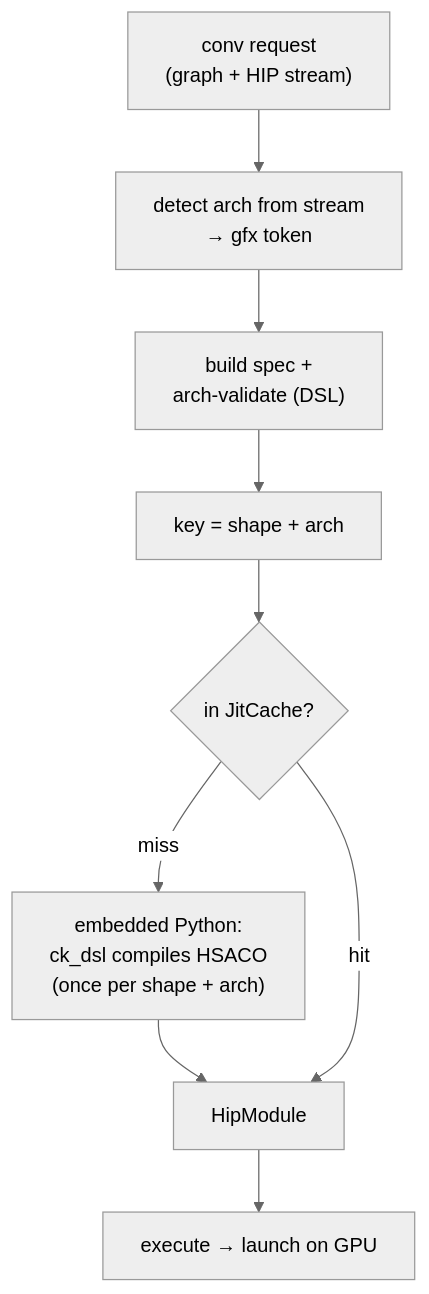
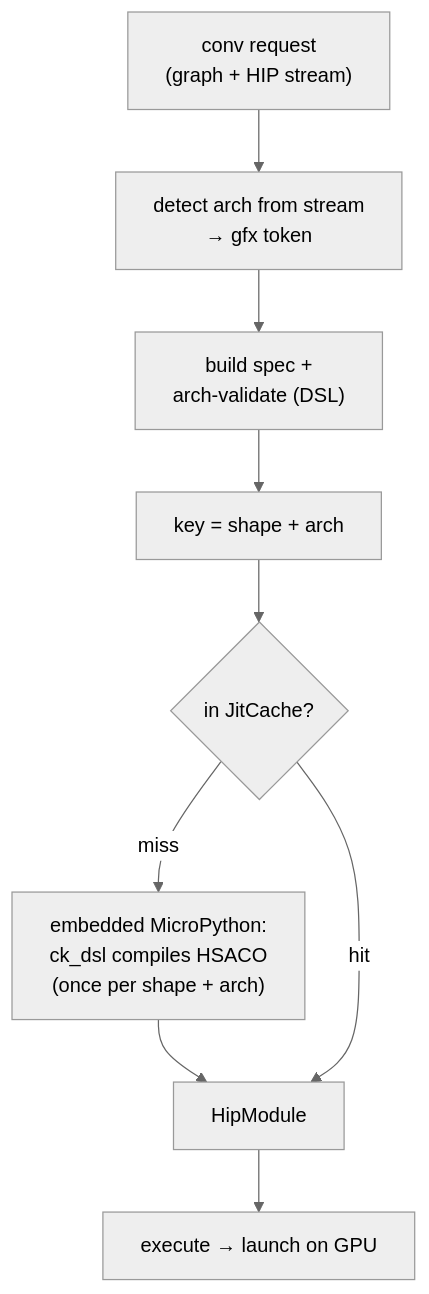
One commit to ROCm/rocm-libraries changed the second of 4 diagrams in dnn-providers/ck-dsl-provider/README.md. Above: the diagram before and after it, drawn with Mermaid (neutral theme). The commit also changed other lines of this file, not shown here.

First line of the commit message:
[CK DSL] Update provider README for the MicroPython embedding

````diff
--- a/dnn-providers/ck-dsl-provider/README.md
+++ b/dnn-providers/ck-dsl-provider/README.md
@@ -58,16 +64,16 @@
 ```mermaid
 flowchart TB
     Start["conv request<br/>(graph + HIP stream)"]
     Arch["detect arch from stream<br/>→ gfx token"]
     Spec["build spec +<br/>arch-validate (DSL)"]
     Key["key = shape + arch"]
     Q{"in JitCache?"}
-    Compile["embedded Python:<br/>ck_dsl compiles HSACO<br/>(once per shape + arch)"]
+    Compile["embedded MicroPython:<br/>ck_dsl compiles HSACO<br/>(once per shape + arch)"]
     Mod["HipModule"]
     Exec["execute → launch on GPU"]
 
     Start --> Arch --> Spec --> Key --> Q
     Q -->|miss| Compile --> Mod
     Q -->|hit| Mod
     Mod --> Exec
 ```
````
